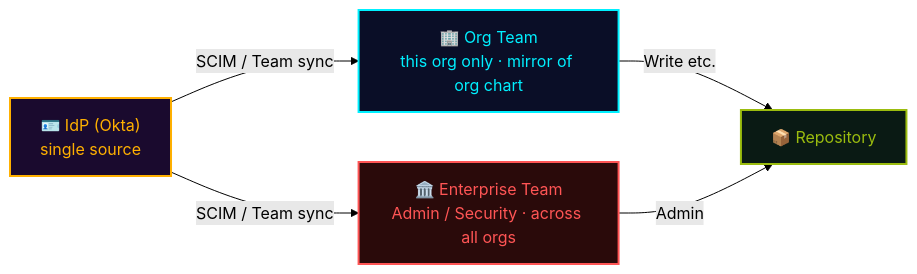
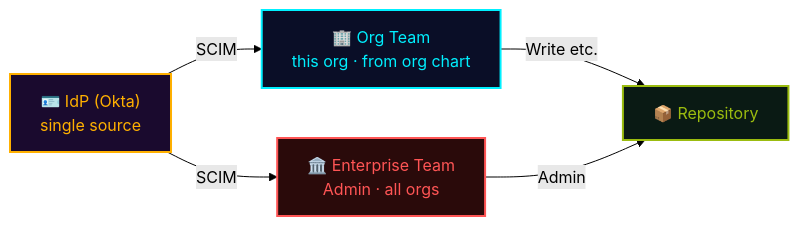
The diagram in src/content/playbook/en/governance.md (theomonfort/theomonfort), drawn with Mermaid (forest theme) before and after one commit. The commit also changed other lines of this file and 4 other files, not shown here.

````diff
--- a/src/content/playbook/en/governance.md
+++ b/src/content/playbook/en/governance.md
@@ -79,20 +90,20 @@
 ```mermaid
 flowchart LR
   IDP["🪪 IdP (Okta)<br/>single source"]
-  ENT["🏛️ Enterprise Team<br/>Admin / Security · across all orgs"]
-  ORG["🏢 Org Team<br/>this org only · mirror of org chart"]
+  ENT["🏛️ Enterprise Team<br/>Admin · all orgs"]
+  ORG["🏢 Org Team<br/>this org · from org chart"]
   REPO["📦 Repository"]
-  IDP -->|SCIM / Team sync| ENT
-  IDP -->|SCIM / Team sync| ORG
+  IDP -->|SCIM| ENT
+  IDP -->|SCIM| ORG
   ORG -->|Write etc.| REPO
   ENT -->|Admin| REPO
 
   classDef idp fill:#1a0a2e,stroke:#ffb000,color:#ffb000,stroke-width:2px
   classDef ent fill:#2a0a0a,stroke:#ff5555,color:#ff5555,stroke-width:2px
   classDef org fill:#0a0e27,stroke:#00f0ff,color:#00f0ff,stroke-width:2px
   classDef repo fill:#0a1a14,stroke:#9bbc0f,color:#9bbc0f,stroke-width:2px
   class IDP idp
   class ENT ent
   class ORG org
   class REPO repo
 ```
````
